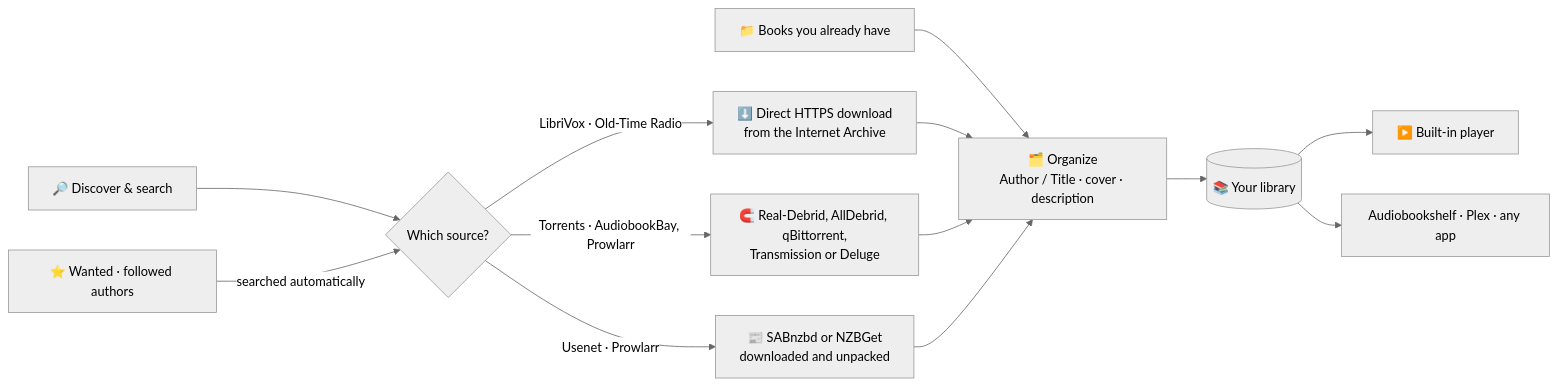
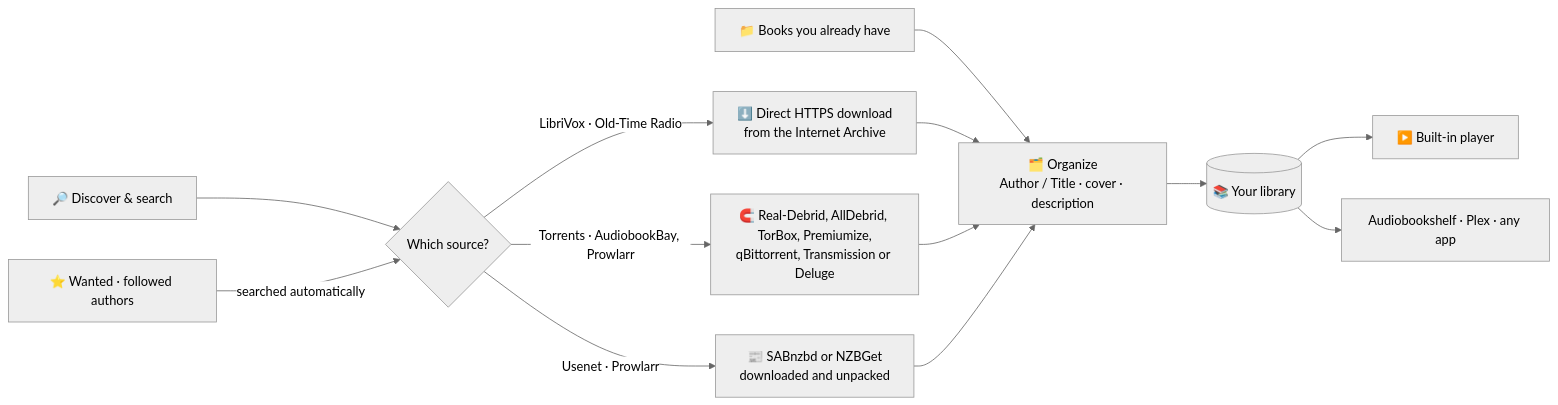
Before and after one commit to narratarr/narratarr: the diagram in README.md, drawn with Mermaid (neutral theme). The commit also changed other lines of this file and 24 other files, not shown here.

Commit message:
Approve listener requests, let listeners take theirs back, TorBox and Premiumize, more folder layout variables

````diff
--- a/README.md
+++ b/README.md
@@ -210,15 +210,15 @@
 ```mermaid
 flowchart LR
     A["🔎 Discover & search"] --> B{"Which source?"}
     B -- "LibriVox · Old-Time Radio" --> C["⬇️ Direct HTTPS download<br/>from the Internet Archive"]
-    B -- "Torrents · AudiobookBay, Prowlarr" --> D["🧲 Real-Debrid, AllDebrid, qBittorrent,<br/>Transmission or Deluge"]
+    B -- "Torrents · AudiobookBay, Prowlarr" --> D["🧲 Real-Debrid, AllDebrid, TorBox, Premiumize,<br/>qBittorrent, Transmission or Deluge"]
     B -- "Usenet · Prowlarr" --> U["📰 SABnzbd or NZBGet<br/>downloaded and unpacked"]
     W["⭐ Wanted · followed authors"] -- "searched automatically" --> B
     I["📁 Books you already have"] --> E
     C --> E["🗂️ Organize<br/>Author / Title · cover · description"]
     D --> E
     U --> E
     E --> F[("📚 Your library")]
     F --> G["▶️ Built-in player"]
     F --> H["Audiobookshelf · Plex · any app"]
 ```
````
